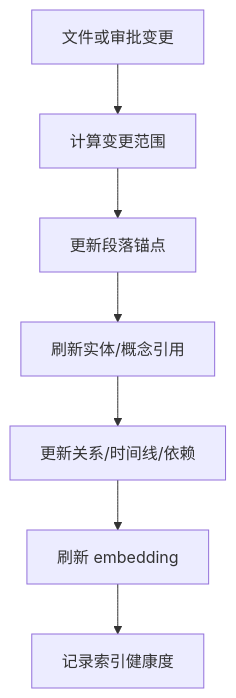
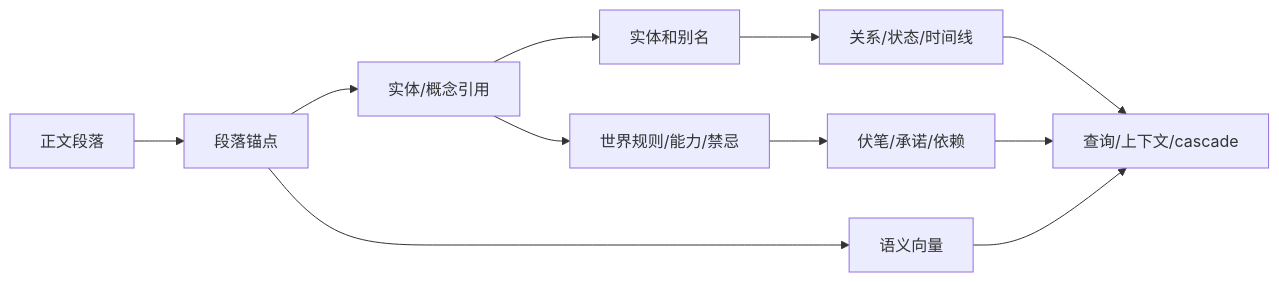
The first of 3 diagrams in spec/06-knowledge-graph.md (jinhuang712/open-novel), drawn with Mermaid before and after one commit. The commit also changed other lines of this file and 15 other files, not shown here.

````diff
--- a/spec/06-knowledge-graph.md
+++ b/spec/06-knowledge-graph.md
@@ -38,9 +7,13 @@
 ```mermaid
-flowchart TD
-  Change[文件或审批变更] --> Scope[计算变更范围]
-  Scope --> Anchors[更新段落锚点]
-  Anchors --> Mentions[刷新实体/概念引用]
-  Mentions --> Relations[更新关系/时间线/依赖]
-  Relations --> Embed[刷新 embedding]
-  Embed --> Health[记录索引健康度]
+flowchart LR
+  Paragraph[正文段落] --> Anchor[段落锚点]
+  Anchor --> Mention[实体/概念引用]
+  Mention --> Entity[实体和别名]
+  Mention --> Concept[世界规则/能力/禁忌]
+  Entity --> Relation[关系/状态/时间线]
+  Concept --> Dependency[伏笔/承诺/依赖]
+  Anchor --> Embedding[语义向量]
+  Relation --> Query[查询/上下文/cascade]
+  Dependency --> Query
+  Embedding --> Query
 ```
````
